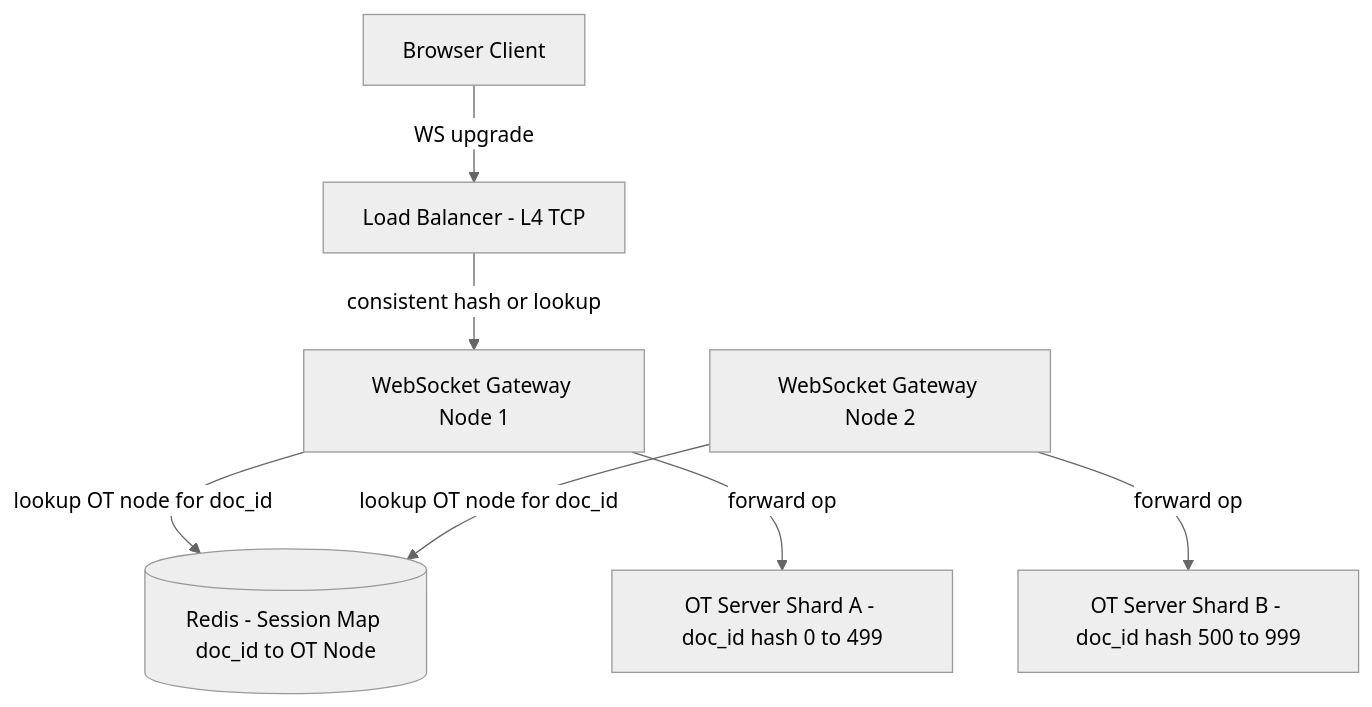
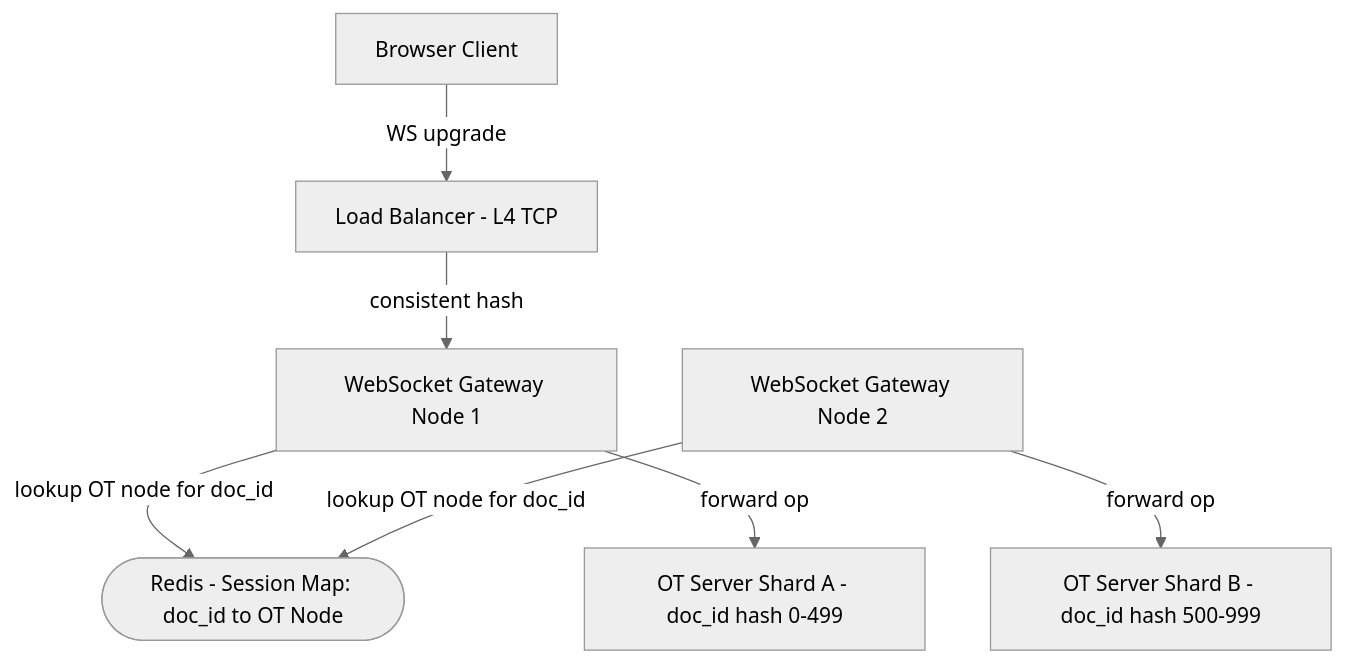
One commit to shyamalm88/MechineCoding changed the third of 5 diagrams in system-design/latest & updated/google-docs.md. Above: the diagram before and after it, drawn with Mermaid (neutral theme). The commit also changed other lines of this file and 9 other files, not shown here.

````diff
--- a/system-design/latest & updated/google-docs.md
+++ b/system-design/latest & updated/google-docs.md
@@ -244,17 +212,17 @@
 ```mermaid
 graph TD
-    Client[Browser Client]
-    LB[Load Balancer - L4 TCP]
-    WSGW1[WebSocket Gateway Node 1]
-    WSGW2[WebSocket Gateway Node 2]
-    OT1[OT Server Shard A - doc_id hash 0 to 499]
-    OT2[OT Server Shard B - doc_id hash 500 to 999]
-    Redis[(Redis - Session Map doc_id to OT Node)]
+    Client["Browser Client"]
+    LB["Load Balancer - L4 TCP"]
+    WSGW1["WebSocket Gateway Node 1"]
+    WSGW2["WebSocket Gateway Node 2"]
+    OT1["OT Server Shard A - doc_id hash 0-499"]
+    OT2["OT Server Shard B - doc_id hash 500-999"]
+    SessionMap(["Redis - Session Map: doc_id to OT Node"])
 
     Client -- WS upgrade --> LB
-    LB -- consistent hash or lookup --> WSGW1
-    WSGW1 -- lookup OT node for doc_id --> Redis
+    LB -- consistent hash --> WSGW1
+    WSGW1 -- lookup OT node for doc_id --> SessionMap
     WSGW1 -- forward op --> OT1
-    WSGW2 -- lookup OT node for doc_id --> Redis
+    WSGW2 -- lookup OT node for doc_id --> SessionMap
     WSGW2 -- forward op --> OT2
 ```
````
